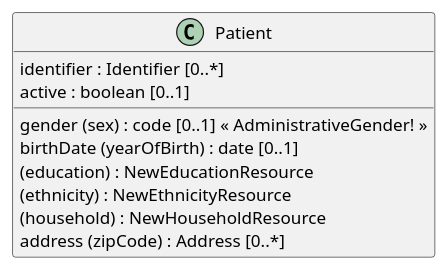
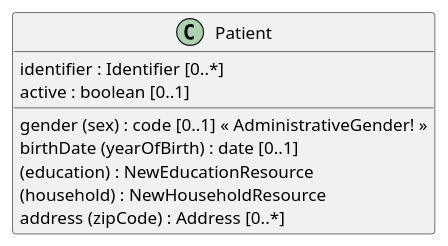
One commit to IMI-H2O/h2o-conceptual-model changed the diagram in models/patient.puml. Above: the diagram before and after it, drawn with PlantUML.

Commit message:
Remove ethnicity -- it is an observation

```diff
--- a/models/patient.puml
+++ b/models/patient.puml
@@ -1,70 +1,70 @@
 @startuml
 ' ========================================
 ' start: configuration
 ' ========================================
 
 skinparam linetype ortho
 
 ' ========================================
 ' end: configuration
 ' ========================================
 
 ' ========================================
 ' start: definition of entities/classes
 ' ========================================
 
 'class Contact {
 '  relationship : CodeableConcept [0..*] « PatientContactRelationship+ »
 '  name : HumanName [0..1]
 '  telecom : ContactPoint [0..*]
 '  address : Address [0..1]
 '  gender : code [0..1] « AdministrativeGender! »
 '  organization : Reference [0..1] « Organization »
 '  period : Period [0..1]
 '}
 
 'class Communication {
 '  language : CodeableConcept [1..1] « CommonLanguages? »
 '  preferred : boolean [0..1]
 '}
 
 'class Link {
 '  other : Reference [1..1] « Patient|RelatedPerson »
 '  type : code [1..1] « LinkType! »
 '}
 
 class Patient {
   identifier : Identifier [0..*]
   active : boolean [0..1]
 '  name : HumanName [0..*]
 '  telecom : ContactPoint [0..*]
   gender (sex) : code [0..1] « AdministrativeGender! »
   birthDate (yearOfBirth) : date [0..1]
   (education) : NewEducationResource
-  (ethnicity) : NewEthnicityResource
+'  (ethnicity) : NewEthnicityResource --> Observation
   (household) : NewHouseholdResource
 '  deceased[x] : Type [0..1] « boolean|dateTime »
   address (zipCode) : Address [0..*]
 '  maritalStatus : CodeableConcept [0..1] « Marital Status + »
 '  multipleBirth[x] : Type [0..1] « boolean|integer »
 '  photo : Attachment [0..*]
 '  generalPractitioner : Reference [0..*] « Organization|Practitioner|PractitionerRole »
 '  managingOrganization : Reference [0..1] « Organization »
 }
 
 ' ========================================
 ' end: definition of entities/classes
 ' ========================================
 
 ' ========================================
 ' start: definition of associations
 ' ========================================
 
 'Patient *-- "[0..*]" Link : link
 'Patient *-- "[0..*]" Contact : contact
 'Patient *-- "[0..*]" Communication : communication
 
 ' ========================================
 ' end: definition of associations
 ' ========================================
 @enduml
```
